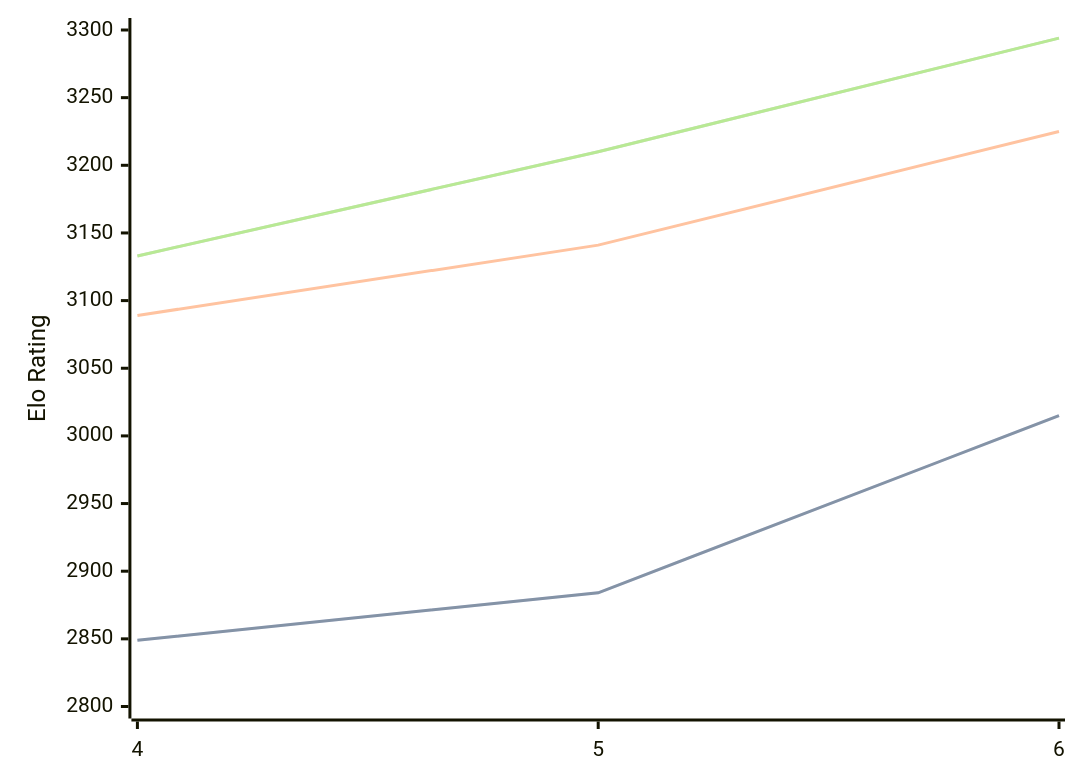
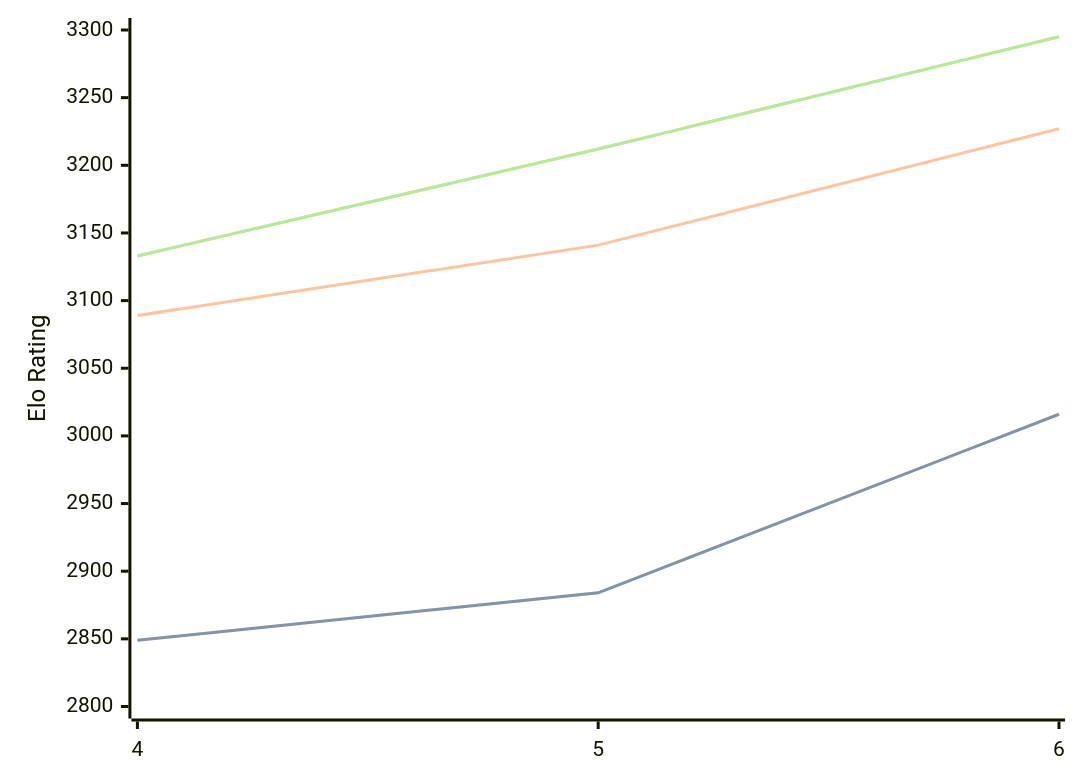
One commit to computer-chess-index/cci changed the diagram in engines/Cwtch.md. Above: the diagram before and after it, drawn with Mermaid. The commit also changed other lines of this file, not shown here.

Commit message:
Update CCI Ratings (ELO VLTC) - 2026-09-09

````diff
--- a/engines/Cwtch.md
+++ b/engines/Cwtch.md
@@ -34,11 +34,11 @@
 ```mermaid
 %%{init: {"theme":"base","themeVariables":{"seriesColors:['#a3a3a3','#222221','#faa371']}}}%%
 xychart-beta
   x-axis ["4", "5", "6"]
   y-axis "Elo Rating" 2800 --> 3300
-  line "" [2849, 2884, 3015]
-  line "STC (8.0+0.08s)" [2849, 2884, 3015]
-  line "LTC (60.0+0.60s)" [3089, 3141, 3225]
-  line "" [3133, 3210, 3294]
-  line "VLTC (2m24s+1.12s)" [3133, 3210, 3294]
+  line "" [2849, 2884, 3016]
+  line "STC (8.0+0.08s)" [2849, 2884, 3016]
+  line "LTC (60.0+0.60s)" [3089, 3141, 3227]
+  line "" [3133, 3212, 3295]
+  line "VLTC (2m24s+1.12s)" [3133, 3212, 3295]
 ```
````
